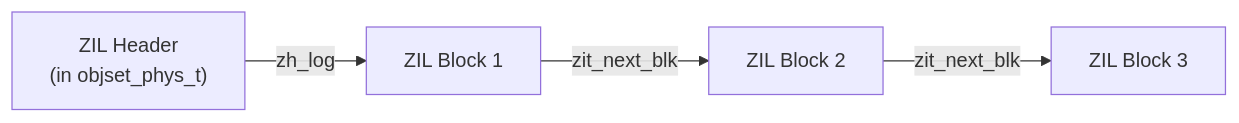
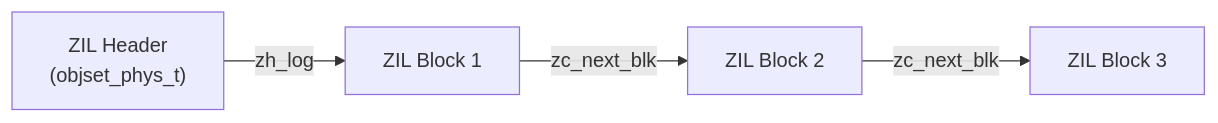
Before and after one commit to mminkus/zfs-ondiskformat: the diagram in docs/07-zil.md, drawn with Mermaid. The commit also changed other lines of this file, not shown here.

First line of the commit message:
Modernize Chapter 7: ZIL (chain format, TX types, write modes, new records)

````diff
--- a/docs/07-zil.md
+++ b/docs/07-zil.md
@@ -13,11 +13,11 @@
 ```mermaid
 graph LR
-    HDR["ZIL Header<br/>(in objset_phys_t)"]
+    HDR["ZIL Header<br/>(objset_phys_t)"]
     BLK1["ZIL Block 1"]
     BLK2["ZIL Block 2"]
     BLK3["ZIL Block 3"]
 
     HDR -->|zh_log| BLK1
-    BLK1 -->|zit_next_blk| BLK2
-    BLK2 -->|zit_next_blk| BLK3
+    BLK1 -->|zc_next_blk| BLK2
+    BLK2 -->|zc_next_blk| BLK3
 ```
````
